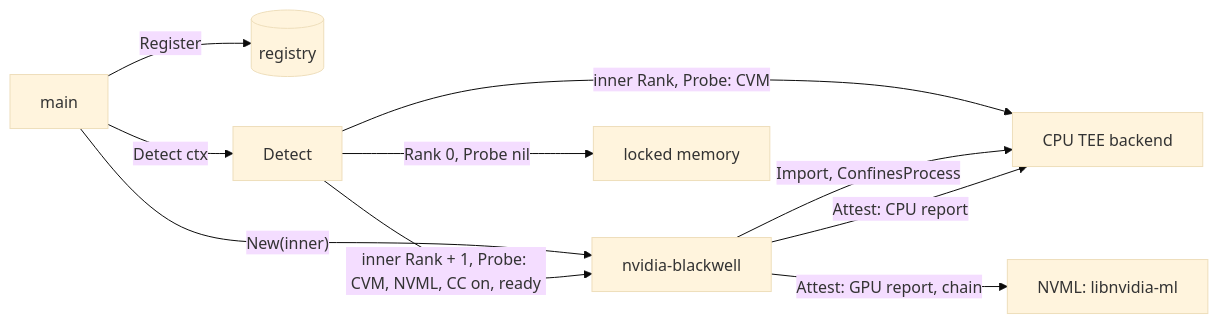
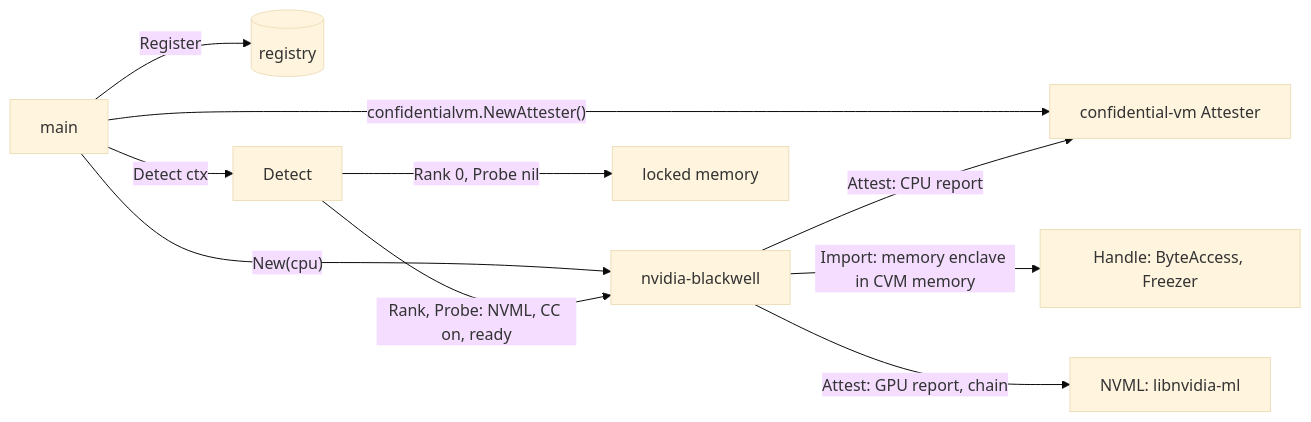
The diagram in docs/backends/nvidia-blackwell.md (jeremyhahn/go-enclave), drawn with Mermaid (base theme) before and after one commit. The commit also changed other lines of this file and 10 other files, not shown here.

````diff
--- a/docs/backends/nvidia-blackwell.md
+++ b/docs/backends/nvidia-blackwell.md
@@ -114,12 +116,12 @@
 ```mermaid
 flowchart LR
-  main -->|"New(inner)"| nb[nvidia-blackwell]
+  main -->|"confidentialvm.NewAttester()"| cpu[confidential-vm Attester]
+  main -->|"New(cpu)"| nb[nvidia-blackwell]
   main -->|Register| reg[(registry)]
   main -->|Detect ctx| detect[Detect]
   detect -->|"Rank 0, Probe nil"| lm[locked memory]
-  detect -->|"inner Rank, Probe: CVM"| cpu[CPU TEE backend]
-  detect -->|"inner Rank + 1, Probe: CVM, NVML, CC on, ready"| nb
-  nb -->|"Import, ConfinesProcess"| cpu
+  detect -->|"Rank, Probe: NVML, CC on, ready"| nb
+  nb -->|"Import: memory enclave in CVM memory"| h[Handle: ByteAccess, Freezer]
   nb -->|"Attest: CPU report"| cpu
   nb -->|"Attest: GPU report, chain"| nvml[NVML: libnvidia-ml]
 ```
````
